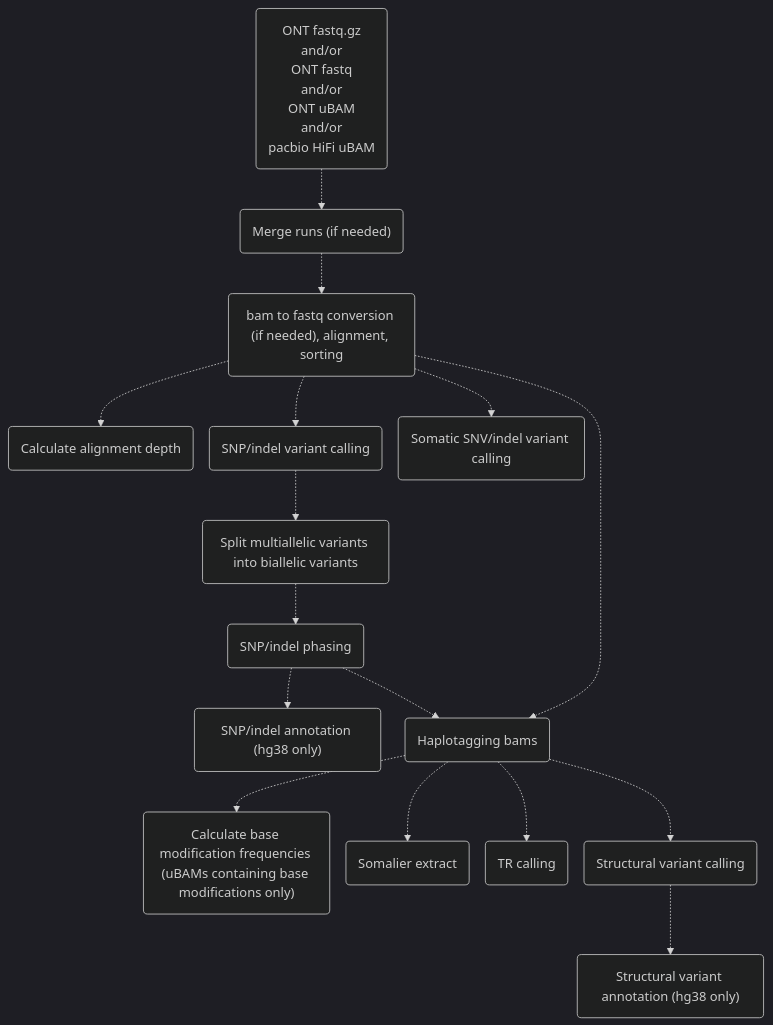
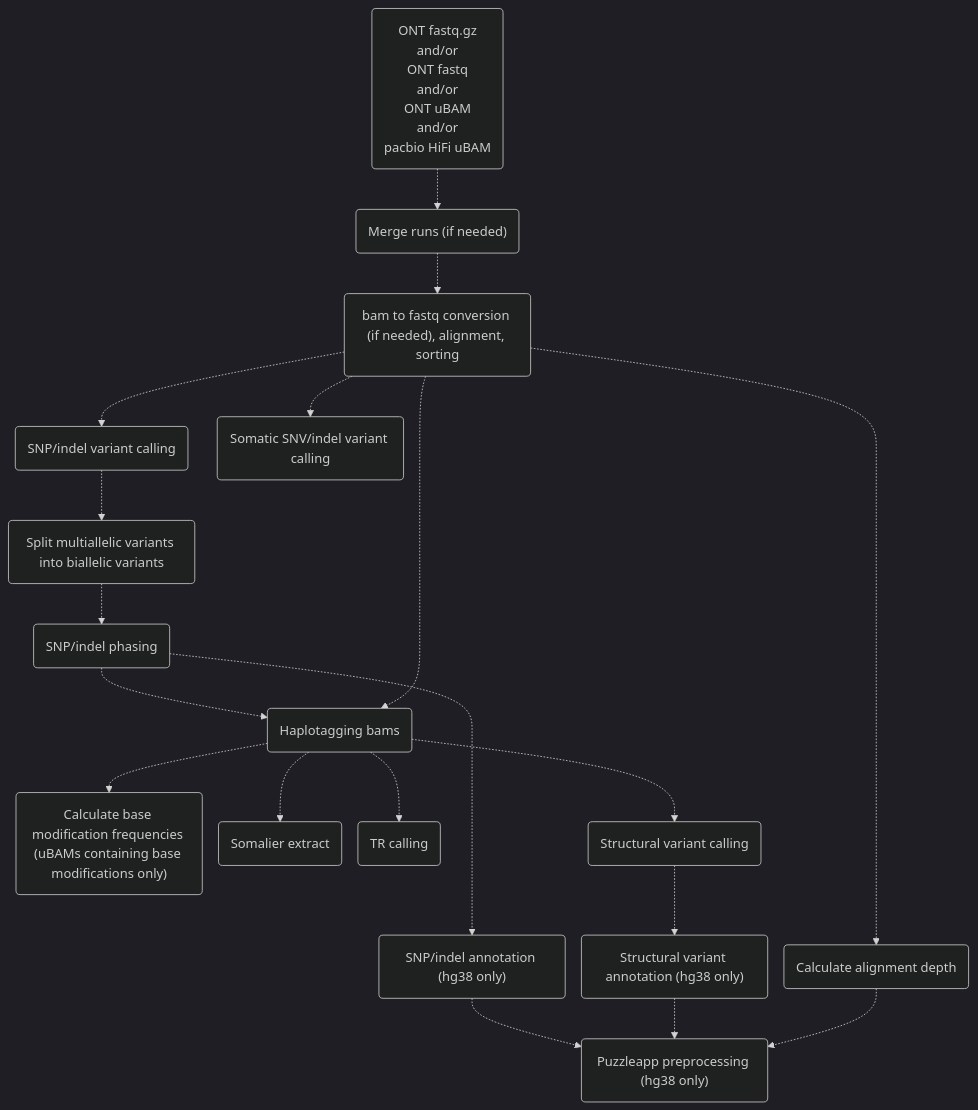
One commit to leahkemp/pipeface changed the first of 3 diagrams in docs/pipeface/info.md. Above: the diagram before and after it, drawn with Mermaid. The commit also changed other lines of this file and 6 other files, not shown here.

````diff
--- a/docs/pipeface/info.md
+++ b/docs/pipeface/info.md
@@ -7,31 +7,33 @@
 ```mermaid
 %%{init:{'theme':'dark','themeVariables':{'fontSize':'11'},'flowchart':{'nodeSpacing':20}}}%%
 flowchart TB
 
 input_data("ONT fastq.gz <br> and/or <br> ONT fastq <br> and/or <br> ONT uBAM <br> and/or <br> pacbio HiFi uBAM")
 merging("Merge runs (if needed)")
 alignment("bam to fastq conversion (if needed), alignment, sorting")
 depth("Calculate alignment depth")
 snp_indel_calling("SNP/indel variant calling")
 somatic_calling("Somatic SNV/indel variant calling")
 split_multiallele("Split multiallelic variants into biallelic variants")
 snp_indel_phasing("SNP/indel phasing")
 snp_indel_annotation("SNP/indel annotation (hg38 only)")
 haplotagging("Haplotagging bams")
 calculate_base_mod_freqs("Calculate base modification frequencies (uBAMs containing base modifications only)")
 somalier("Somalier extract")
 tr_calling("TR calling")
 sv_calling("Structural variant calling")
 sv_annotation("Structural variant annotation (hg38 only)")
+puzzleapp_preprocessing("Puzzleapp preprocessing (hg38 only)")
 
 input_data-.->merging-.->alignment-.->snp_indel_calling-.->split_multiallele-.->snp_indel_phasing-.->haplotagging-.->sv_calling
 alignment-.->depth
 alignment-.->somatic_calling
 alignment-.->haplotagging
 haplotagging-.->calculate_base_mod_freqs
 haplotagging-.->somalier
 haplotagging-.->tr_calling
-snp_indel_phasing-.->snp_indel_annotation
-sv_calling-.->sv_annotation
+snp_indel_phasing-.->snp_indel_annotation-.->puzzleapp_preprocessing
+sv_calling-.->sv_annotation-.->puzzleapp_preprocessing
+depth-.->puzzleapp_preprocessing
 
 ```
````
